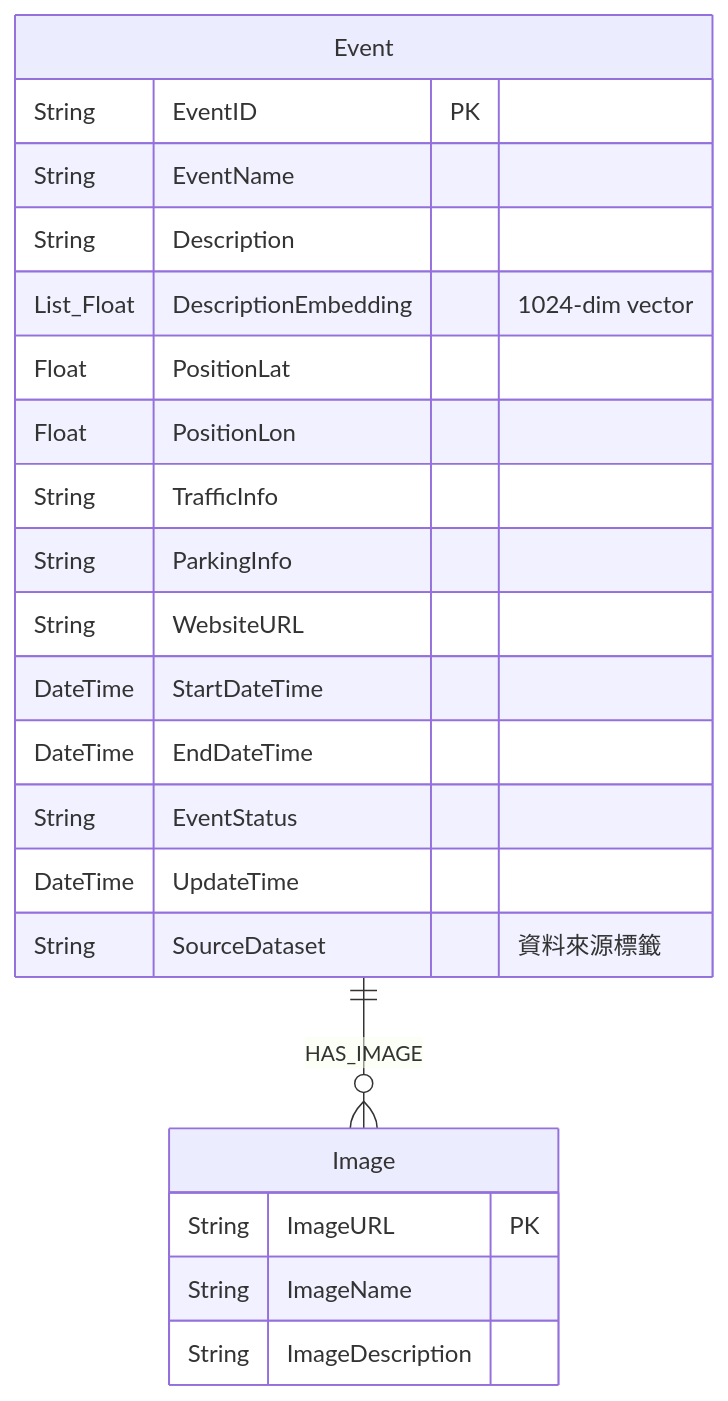
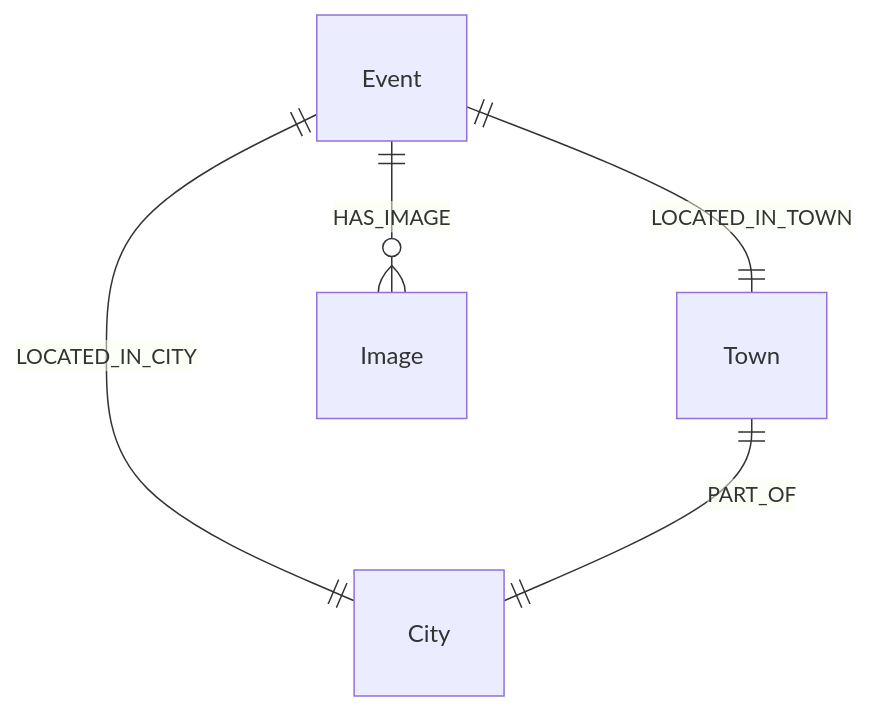
One commit to lzh082007/play-taiwan-parser changed the diagram in 活動資料庫/event_database_schema.md. Above: the diagram before and after it, drawn with Mermaid. The commit also changed other lines of this file and 7 other files, not shown here.

Commit message:
加上schema

````diff
--- a/活動資料庫/event_database_schema.md
+++ b/活動資料庫/event_database_schema.md
@@ -9,25 +48,7 @@
 ```mermaid
 erDiagram
+    Event ||--|| City : "LOCATED_IN_CITY"
+    Event ||--|| Town : "LOCATED_IN_TOWN"
+    Town ||--|| City : "PART_OF"
     Event ||--o{ Image : "HAS_IMAGE"
-    Event {
-        String EventID PK
-        String EventName
-        String Description
-        List_Float DescriptionEmbedding "1024-dim vector"
-        Float PositionLat
-        Float PositionLon
-        String TrafficInfo
-        String ParkingInfo
-        String WebsiteURL
-        DateTime StartDateTime
-        DateTime EndDateTime
-        String EventStatus
-        DateTime UpdateTime
-        String SourceDataset "資料來源標籤"
-    }
-    Image {
-        String ImageURL PK
-        String ImageName
-        String ImageDescription
-    }
 ```
````
